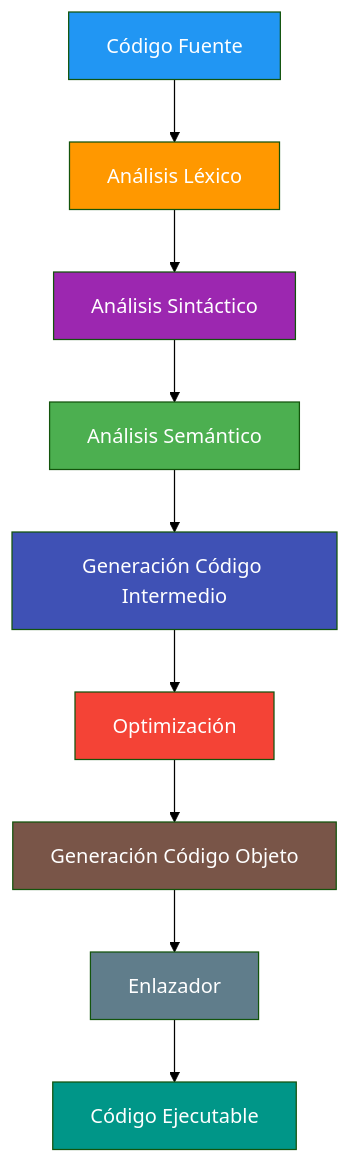
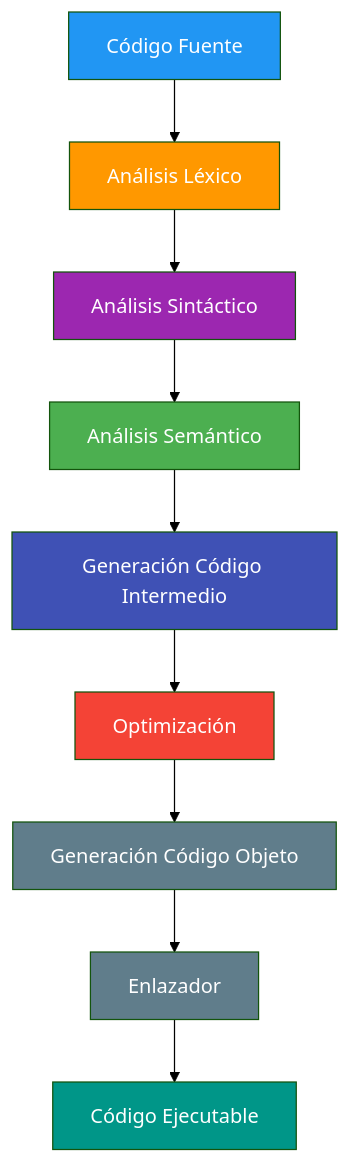
The sixth of 9 diagrams in 06-proceso-traduccion.md (joseluisgs/EntornosDesarrollo-01-2026-2027), drawn with Mermaid (forest theme) before and after one commit. The commit also changed other lines of this file and 8 other files, not shown here.

````diff
--- a/06-proceso-traduccion.md
+++ b/06-proceso-traduccion.md
@@ -146,20 +146,20 @@
 ```mermaid
 graph TD
     A[Código Fuente] --> B[Análisis Léxico]
     B --> C[Análisis Sintáctico]
     C --> D[Análisis Semántico]
     D --> E[Generación Código Intermedio]
     E --> F[Optimización]
     F --> G[Generación Código Objeto]
     G --> H[Enlazador]
     H --> I[Código Ejecutable]
     style A fill:#2196F3,color:#fff
     style B fill:#FF9800,color:#fff
     style C fill:#9C27B0,color:#fff
     style D fill:#4CAF50,color:#fff
     style E fill:#3F51B5,color:#fff
     style F fill:#f44336,color:#fff
-    style G fill:#795548,color:#fff
+    style G fill:#607D8B,color:#fff
     style H fill:#607D8B,color:#fff
     style I fill:#009688,color:#fff
 ```
````
